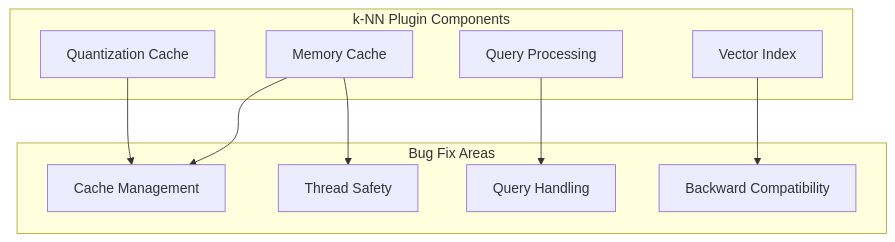
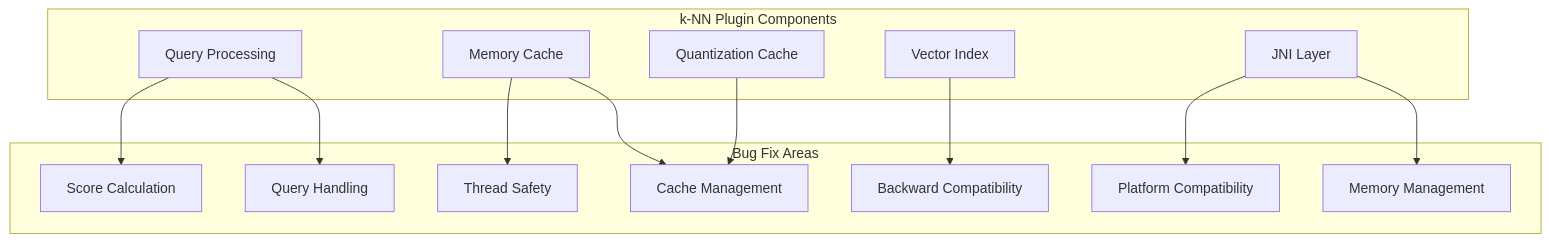
The diagram in docs/features/k-nn/k-nn-bug-fixes.md (tkykenmt/opensearch-feature-explorer), drawn with Mermaid before and after one commit. The commit also changed other lines of this file and 2 other files, not shown here.

````diff
--- a/docs/features/k-nn/k-nn-bug-fixes.md
+++ b/docs/features/k-nn/k-nn-bug-fixes.md
@@ -11,22 +11,29 @@
 ```mermaid
 graph TB
     subgraph "k-NN Plugin Components"
         QP[Query Processing]
         Cache[Memory Cache]
         QCache[Quantization Cache]
         Index[Vector Index]
+        JNI[JNI Layer]
     end
     
     subgraph "Bug Fix Areas"
         BF1[Cache Management]
         BF2[Thread Safety]
         BF3[Query Handling]
         BF4[Backward Compatibility]
+        BF5[Memory Management]
+        BF6[Platform Compatibility]
+        BF7[Score Calculation]
     end
     
     QP --> BF3
+    QP --> BF7
     Cache --> BF1
     Cache --> BF2
     QCache --> BF1
     Index --> BF4
+    JNI --> BF5
+    JNI --> BF6
 ```
````
